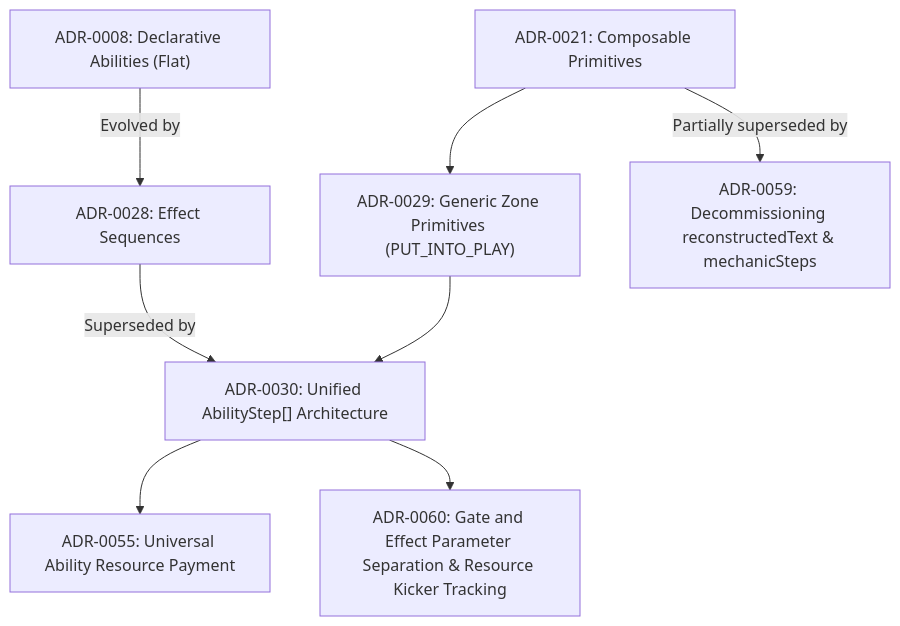
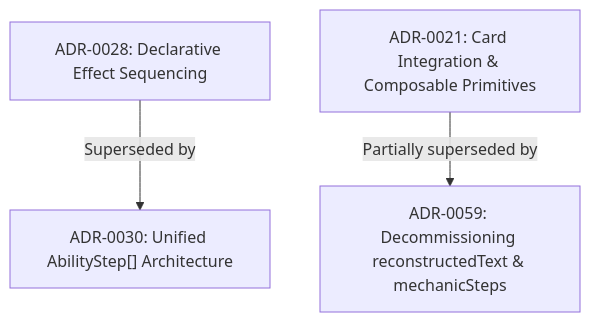
Before and after one commit to SteveRodrigue/MCD: the first of 5 diagrams in docs/decisions/README.md, drawn with Mermaid. The commit also changed other lines of this file and 2 other files, not shown here.

Commit message:
docs(decisions): align ADR lineage and spec status

````diff
--- a/docs/decisions/README.md
+++ b/docs/decisions/README.md
@@ -48,10 +29,5 @@
 ```mermaid
 graph TD
-    ADR08["ADR-0008: Declarative Abilities (Flat)"] -->|Evolved by| ADR28["ADR-0028: Effect Sequences"]
-    ADR28 -->|Superseded by| ADR30["ADR-0030: Unified AbilityStep[] Architecture"]
-    ADR21["ADR-0021: Composable Primitives"] --> ADR29["ADR-0029: Generic Zone Primitives (PUT_INTO_PLAY)"]
-    ADR21 -->|Partially superseded by| ADR59["ADR-0059: Decommissioning reconstructedText & mechanicSteps"]
-    ADR29 --> ADR30
-    ADR30 --> ADR55["ADR-0055: Universal Ability Resource Payment"]
-    ADR30 --> ADR60["ADR-0060: Gate and Effect Parameter Separation & Resource Kicker Tracking"]
+    ADR28["ADR-0028: Declarative Effect Sequencing"] -->|Superseded by| ADR30["ADR-0030: Unified AbilityStep[] Architecture"]
+    ADR21["ADR-0021: Card Integration & Composable Primitives"] -->|Partially superseded by| ADR59["ADR-0059: Decommissioning reconstructedText & mechanicSteps"]
 ```
````
